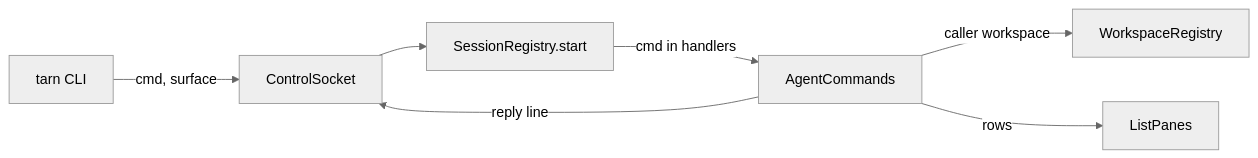
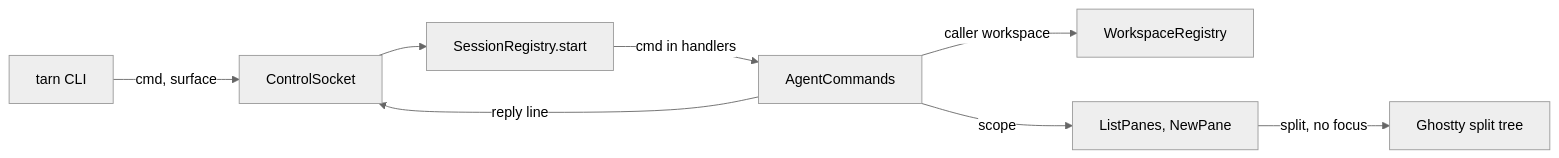
The diagram in docs/modules/agent-commands.md (daniil4545/tarn), drawn with Mermaid (neutral theme) before and after one commit. The commit also changed other lines of this file and 4 other files, not shown here.

````diff
--- a/docs/modules/agent-commands.md
+++ b/docs/modules/agent-commands.md
@@ -9,9 +9,10 @@
 ```mermaid
 flowchart LR
   cli["tarn CLI"] -->|"cmd, surface"| sock["ControlSocket"]
   sock --> reg["SessionRegistry.start"]
   reg -->|"cmd in handlers"| cmds["AgentCommands"]
   cmds -->|"caller workspace"| ws["WorkspaceRegistry"]
-  cmds -->|"rows"| handler["ListPanes"]
+  cmds -->|"scope"| handler["ListPanes, NewPane"]
+  handler -->|"split, no focus"| tree["Ghostty split tree"]
   cmds -->|"reply line"| sock
 ```
````
